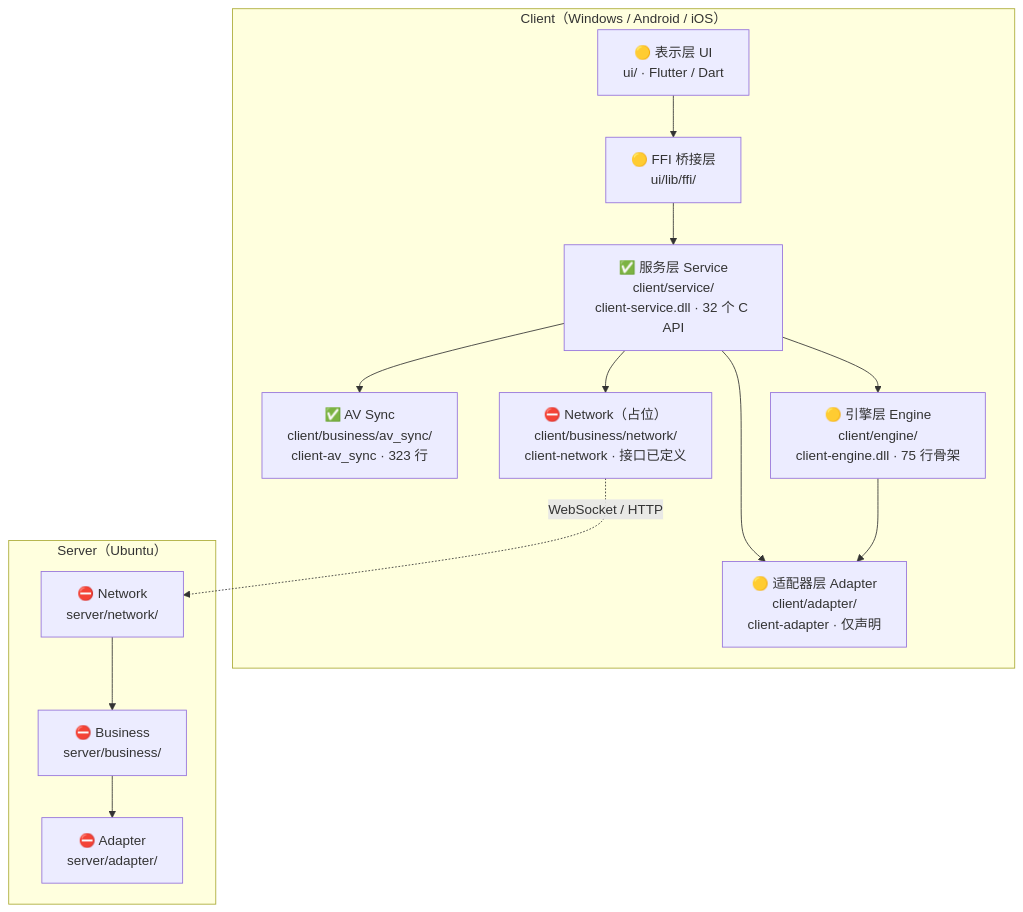
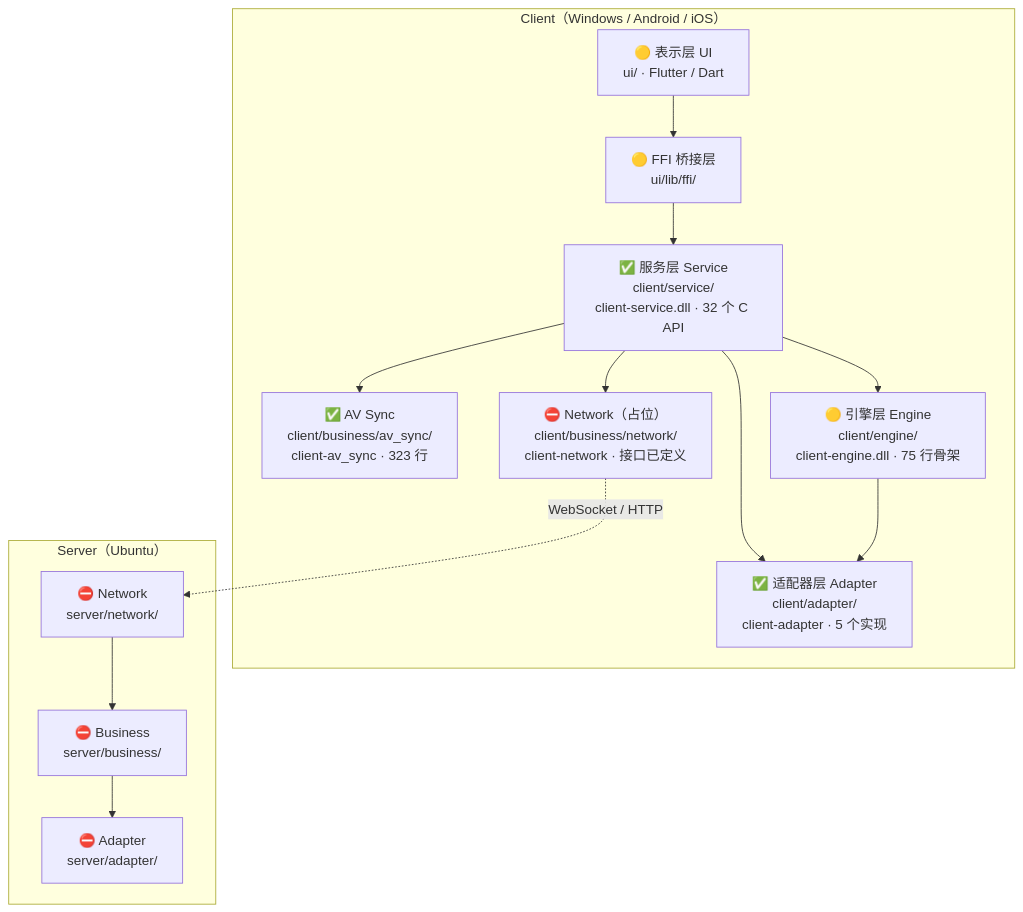
One commit to xiaofusu123/PrismPlayer changed the first of 2 diagrams in docs/markdown/项目框架.md. Above: the diagram before and after it, drawn with Mermaid. The commit also changed other lines of this file and 13 other files, not shown here.

````diff
--- a/docs/markdown/项目框架.md
+++ b/docs/markdown/项目框架.md
@@ -15,29 +15,29 @@
 ```mermaid
 graph TD
 accTitle: 六层架构与 Client/Server 划分
 accDescr: Client 六层与 Server 三层的依赖方向，以及各层实测状态与构建产物
     subgraph Client["Client（Windows / Android / iOS）"]
         UI["🟡 表示层 UI<br/>ui/ · Flutter / Dart"]
         FFI["🟡 FFI 桥接层<br/>ui/lib/ffi/"]
         SVC["✅ 服务层 Service<br/>client/service/<br/>client-service.dll · 32 个 C API"]
         AVS["✅ AV Sync<br/>client/business/av_sync/<br/>client-av_sync · 323 行"]
         NET["⛔ Network（占位）<br/>client/business/network/<br/>client-network · 接口已定义"]
         ENG["🟡 引擎层 Engine<br/>client/engine/<br/>client-engine.dll · 75 行骨架"]
-        ADP["🟡 适配器层 Adapter<br/>client/adapter/<br/>client-adapter · 仅声明"]
+        ADP["✅ 适配器层 Adapter<br/>client/adapter/<br/>client-adapter · 5 个实现"]
         UI --> FFI --> SVC
         SVC --> AVS
         SVC --> NET
         SVC --> ENG
         SVC --> ADP
         ENG --> ADP
     end
 
     subgraph Server["Server（Ubuntu）"]
         SN["⛔ Network<br/>server/network/"]
         SB["⛔ Business<br/>server/business/"]
         SA["⛔ Adapter<br/>server/adapter/"]
         SN --> SB --> SA
     end
 
     NET -. "WebSocket / HTTP" .-> SN
 ```
````
